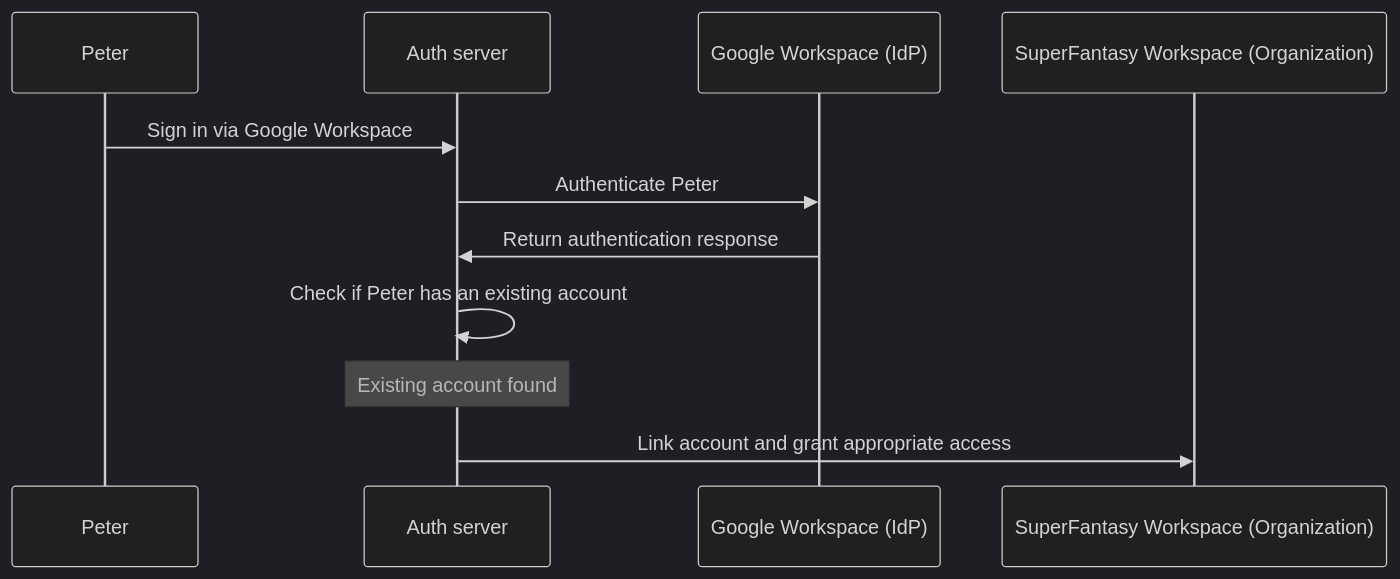
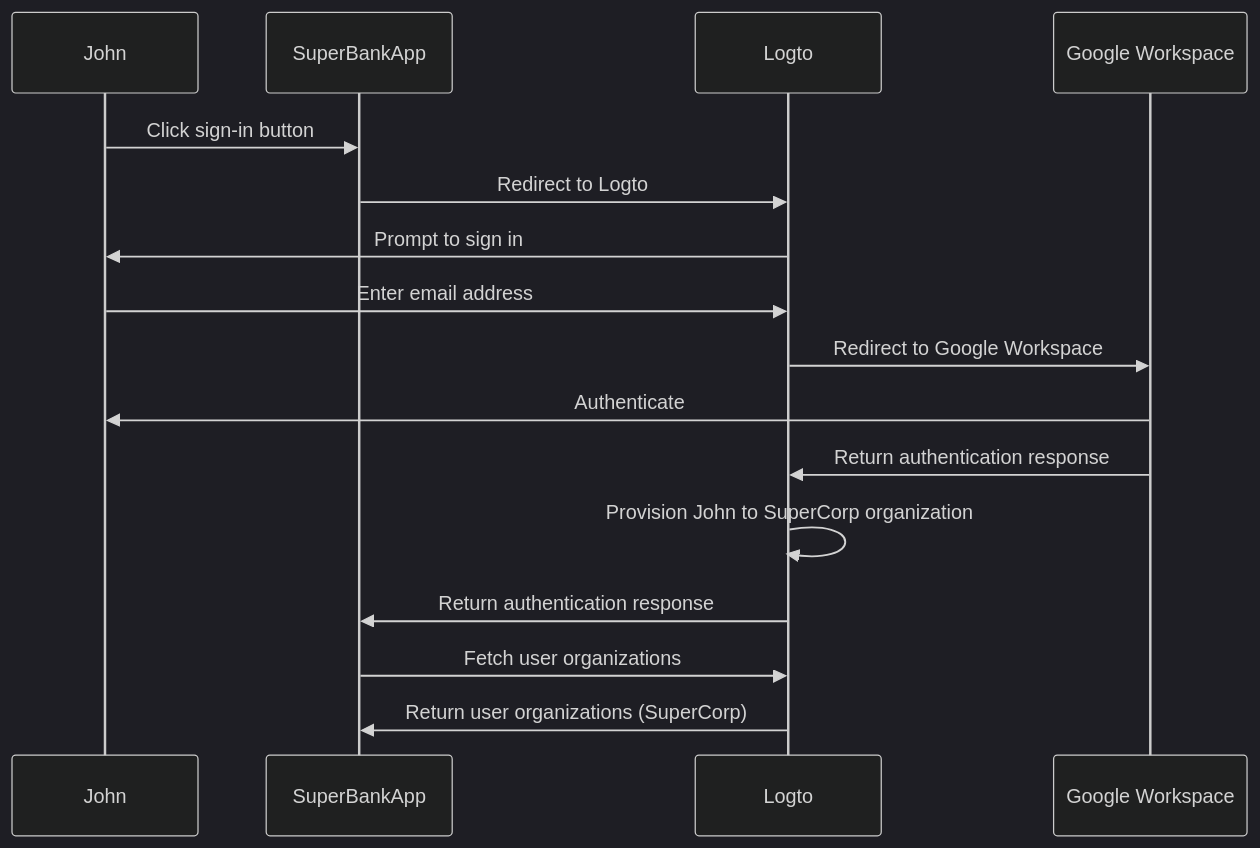
Before and after one commit to logto-io/auth-wiki: the second of 2 diagrams in src/content/terms/en/jit-provisioning.mdx, drawn with Mermaid (dark theme). The commit also changed other lines of this file and 1 other file, not shown here.

````diff
--- a/src/content/terms/en/jit-provisioning.mdx
+++ b/src/content/terms/en/jit-provisioning.mdx
@@ -44,14 +43,19 @@
 ```mermaid
 sequenceDiagram
-    participant Peter
-    participant Auth server
-    participant Google Workspace (IdP)
-    participant SuperFantasy Workspace (Organization)
+    participant John
+    participant SuperBankApp
+    participant Logto
+    participant Google Workspace
 
-    Peter ->> Auth server: Sign in via Google Workspace
-    Auth server ->> Google Workspace (IdP): Authenticate Peter
-    Google Workspace (IdP) ->> Auth server: Return authentication response
-    Auth server ->> Auth server: Check if Peter has an existing account
-    Note over Auth server: Existing account found
-   Auth server ->> SuperFantasy Workspace (Organization): Link account and grant appropriate access
+    John ->> SuperBankApp: Click sign-in button
+    SuperBankApp ->> Logto: Redirect to Logto
+    Logto ->> John: Prompt to sign in
+    John ->> Logto: Enter email address
+    Logto ->> Google Workspace: Redirect to Google Workspace
+    Google Workspace ->> John: Authenticate
+    Google Workspace ->> Logto: Return authentication response
+    Logto ->> Logto: Provision John to SuperCorp organization 
+    Logto ->> SuperBankApp: Return authentication response
+    SuperBankApp ->> Logto: Fetch user organizations
+    Logto ->> SuperBankApp: Return user organizations (SuperCorp)
 ```
````
